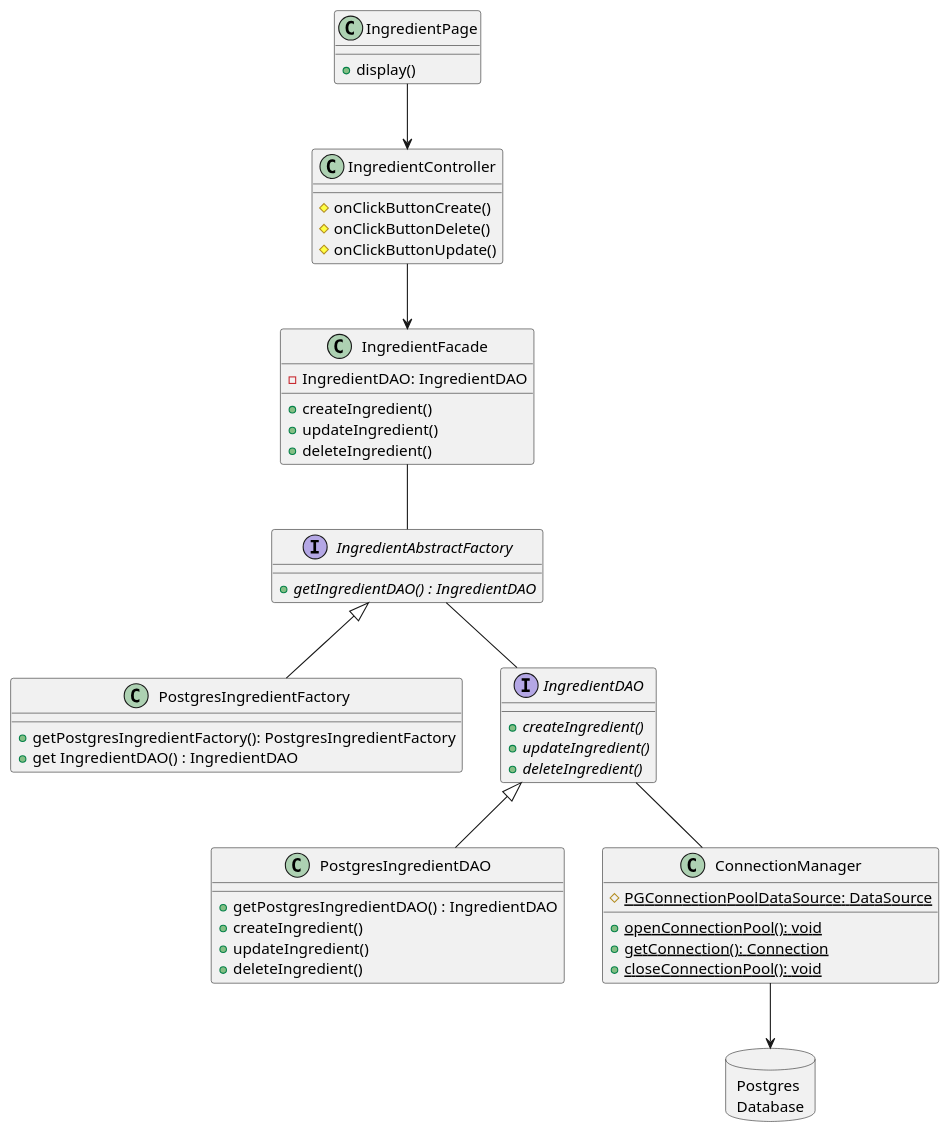
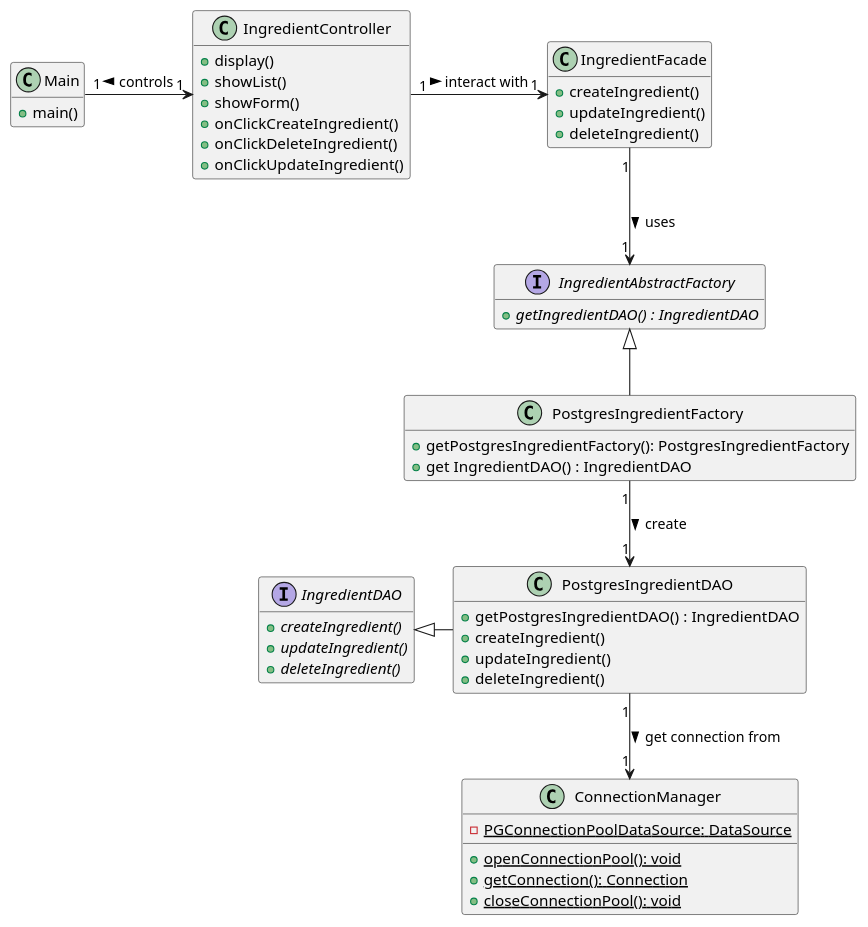
Before and after one commit to iusildra/WineCellar: the diagram in doc/reports/prototype/plantuml/IngredientManagement/ingredientClassDiagram.plantuml, drawn with PlantUML. The commit also changed 6 other files, not shown here.

First line of the commit message:
Recipe & ingredient diagrams (#11)

```diff
--- a/doc/reports/prototype/plantuml/IngredientManagement/ingredientClassDiagram.plantuml
+++ b/doc/reports/prototype/plantuml/IngredientManagement/ingredientClassDiagram.plantuml
@@ -1,73 +1,67 @@
 @startuml IngredientClassDiagram
+hide empty members
 
-class IngredientPage {
-  + display()
+class Main {
+  + main()
 }
 
 class IngredientController {
-  # onClickButtonCreate()
-  # onClickButtonDelete()
-  # onClickButtonUpdate()
+  + display()
+  + showList()
+  + showForm()
+  + onClickCreateIngredient()
+  + onClickDeleteIngredient()
+  + onClickUpdateIngredient()
 }
 
 
 class IngredientFacade {
-  - IngredientDAO: IngredientDAO
   + createIngredient()
   + updateIngredient()
   + deleteIngredient()
 }
 
 
 interface IngredientAbstractFactory {
   + {abstract} getIngredientDAO() : IngredientDAO
 
 }
 
 
 class PostgresIngredientFactory {
   + getPostgresIngredientFactory(): PostgresIngredientFactory
   + get IngredientDAO() : IngredientDAO
 }
 
 
 Interface IngredientDAO {
   + {abstract} createIngredient()
   + {abstract} updateIngredient()
   + {abstract} deleteIngredient()
 }
 
 
 class PostgresIngredientDAO{
   + getPostgresIngredientDAO() : IngredientDAO
   + createIngredient()
   + updateIngredient()
   + deleteIngredient()
 }
 
 
 class ConnectionManager {
-  # {static} PGConnectionPoolDataSource: DataSource
+  - {static} PGConnectionPoolDataSource: DataSource
   + {static} openConnectionPool(): void
   + {static} getConnection(): Connection
   + {static} closeConnectionPool(): void
 }
 
+PostgresIngredientFactory -u-|> IngredientAbstractFactory
+PostgresIngredientDAO     -l-|> IngredientDAO
 
-database "Postgres\nDatabase" as Postgres {
-
-}
-
-class PostgresIngredientFactory extends IngredientAbstractFactory
-class PostgresIngredientDAO extends IngredientDAO
-
-IngredientPage --> IngredientController
-IngredientController --> IngredientFacade
-IngredientFacade -- IngredientAbstractFactory
-IngredientAbstractFactory -- IngredientDAO
-IngredientDAO -- ConnectionManager
-ConnectionManager --> Postgres
-
-
-
+Main            "1" -r-> "1" IngredientController: <  controls
+IngredientController      "1" -r-> "1" IngredientFacade: > interact with
+IngredientFacade          "1" --> "1" IngredientAbstractFactory: > uses
+PostgresIngredientFactory "1" --> "1" PostgresIngredientDAO: > create
+PostgresIngredientDAO     "1" --> "1" ConnectionManager:> get connection from
 @enduml
```
